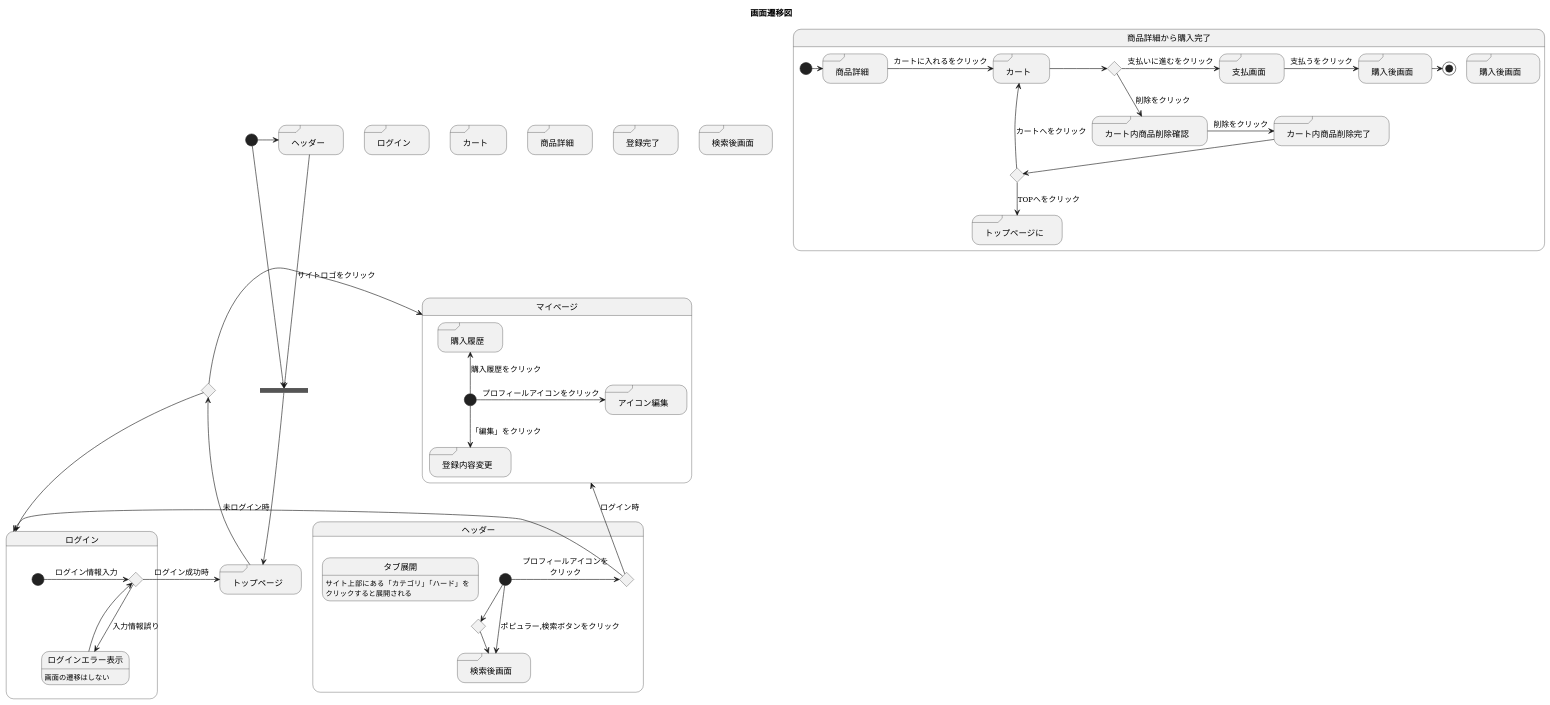
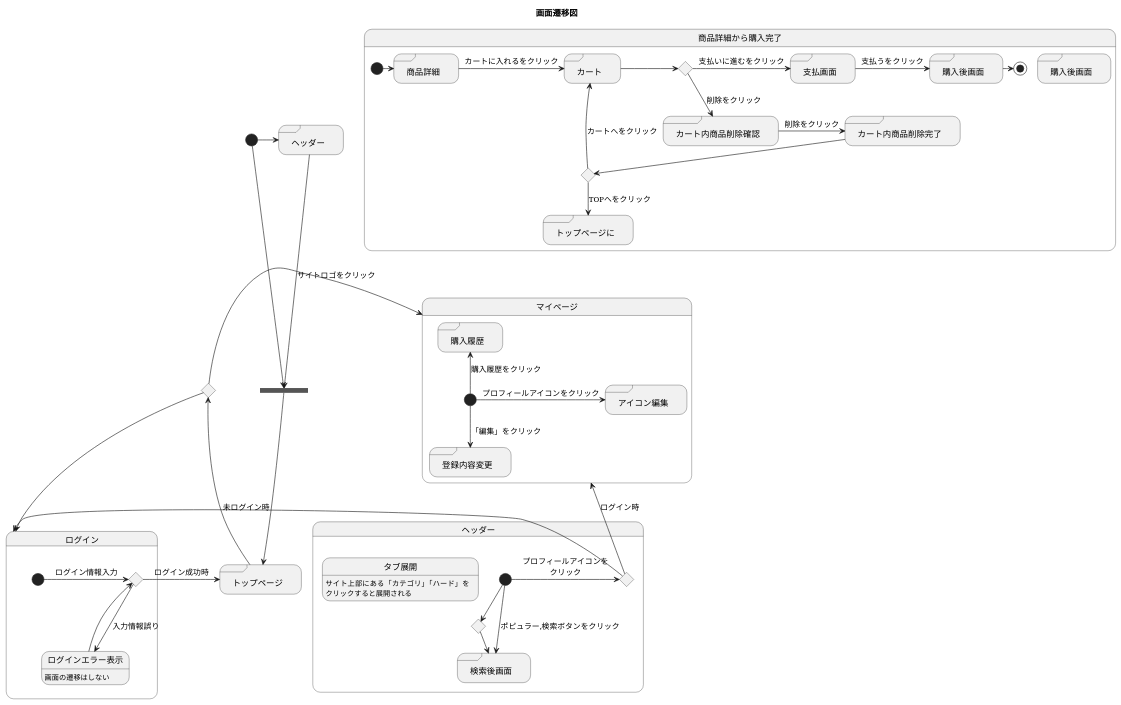
The diagram in UML.md (akutori/T-D-E), drawn with PlantUML before and after one commit.

Commit message:
不必要な部品を隠蔽

```diff
--- a/UML.md
+++ b/UML.md
@@ -3,12 +3,12 @@
 title 画面遷移図
 state ifmain <<choice>>
 state joinmain <<join>>
-state "ログイン" as login <<sdlreceive>>
-state "カート" as cart <<sdlreceive>>
-state "商品詳細" as detail <<sdlreceive>>
+'state "ログイン" as login <<sdlreceive>>
+'state "カート" as cart <<sdlreceive>>
+'state "商品詳細" as detail <<sdlreceive>>
 state "トップページ" as main <<sdlreceive>>
-state "登録完了" as completionofregistration <<sdlreceive>>
-state "検索後画面" as search <<sdlreceive>>
+'state "登録完了" as completionofregistration <<sdlreceive>>
+'state "検索後画面" as search <<sdlreceive>>
 state "ヘッダー" as headder <<sdlreceive>>
 
 
@@ -30,7 +30,7 @@
     state タブ展開:サイト上部にある「カテゴリ」「ハード」を\nクリックすると展開される
 
     [*]->ifheadder : プロフィールアイコンを\nクリック
-    ifheadder-left->ログイン : 未ログイン時
+    ifheadder->ログイン : 未ログイン時
     ifheadder-up->マイページ : ログイン時
 
     [*]-->searchinheadder :ポピュラー,検索ボタンをクリック
```
